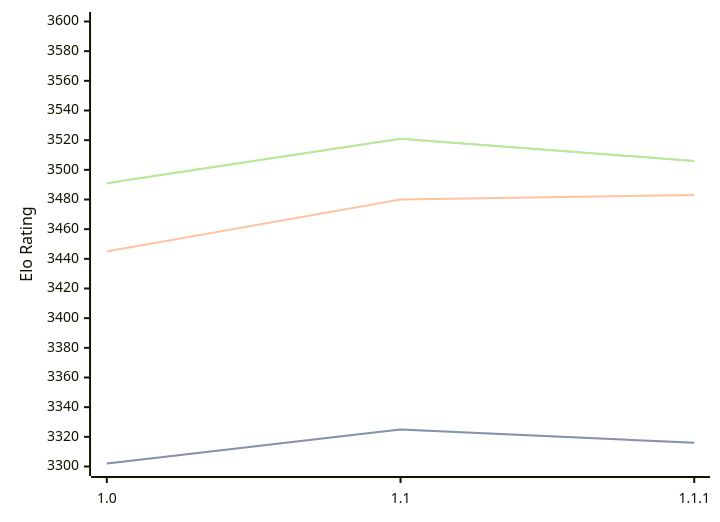
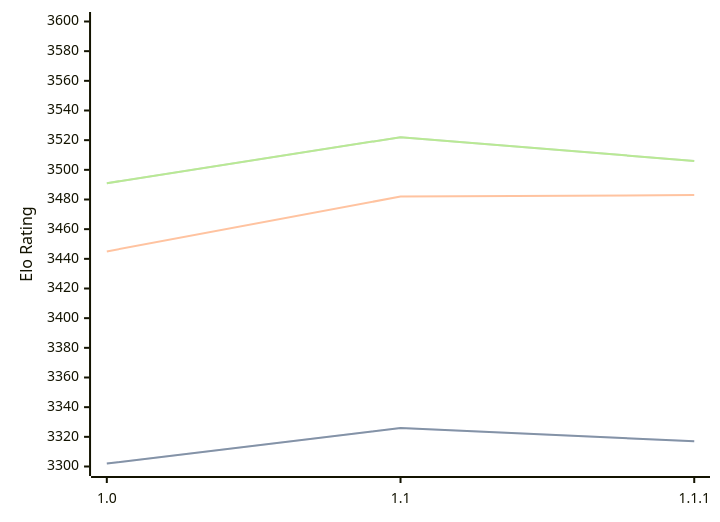
One commit to computer-chess-index/cci changed the diagram in engines/Icarus.md. Above: the diagram before and after it, drawn with Mermaid. The commit also changed other lines of this file, not shown here.

Commit message:
Update CCI Ratings (ELO VLTC) - 2026-08-05

````diff
--- a/engines/Icarus.md
+++ b/engines/Icarus.md
@@ -33,11 +33,11 @@
 ```mermaid
 %%{init: {"theme":"base","themeVariables":{"seriesColors:['#a3a3a3','#222221','#faa371']}}}%%
 xychart-beta
   x-axis ["1.0", "1.1", "1.1.1"]
   y-axis "Elo Rating" 3300 --> 3600
-  line "STC (8.0+0.08s)" [3302, 3325, 3316]
-  line "STC (8.0+0.08s)" [3302, 3325, 3316]
-  line "LTC (60.0+0.60s)" [3445, 3480, 3483]
-  line "VLTC (2m24s+1.12s)" [3491, 3521, 3506]
-  line "VLTC (2m24s+1.12s)" [3491, 3521, 3506]
+  line "STC (8.0+0.08s)" [3302, 3326, 3317]
+  line "STC (8.0+0.08s)" [3302, 3326, 3317]
+  line "LTC (60.0+0.60s)" [3445, 3482, 3483]
+  line "VLTC (2m24s+1.12s)" [3491, 3522, 3506]
+  line "VLTC (2m24s+1.12s)" [3491, 3522, 3506]
 ```
````
